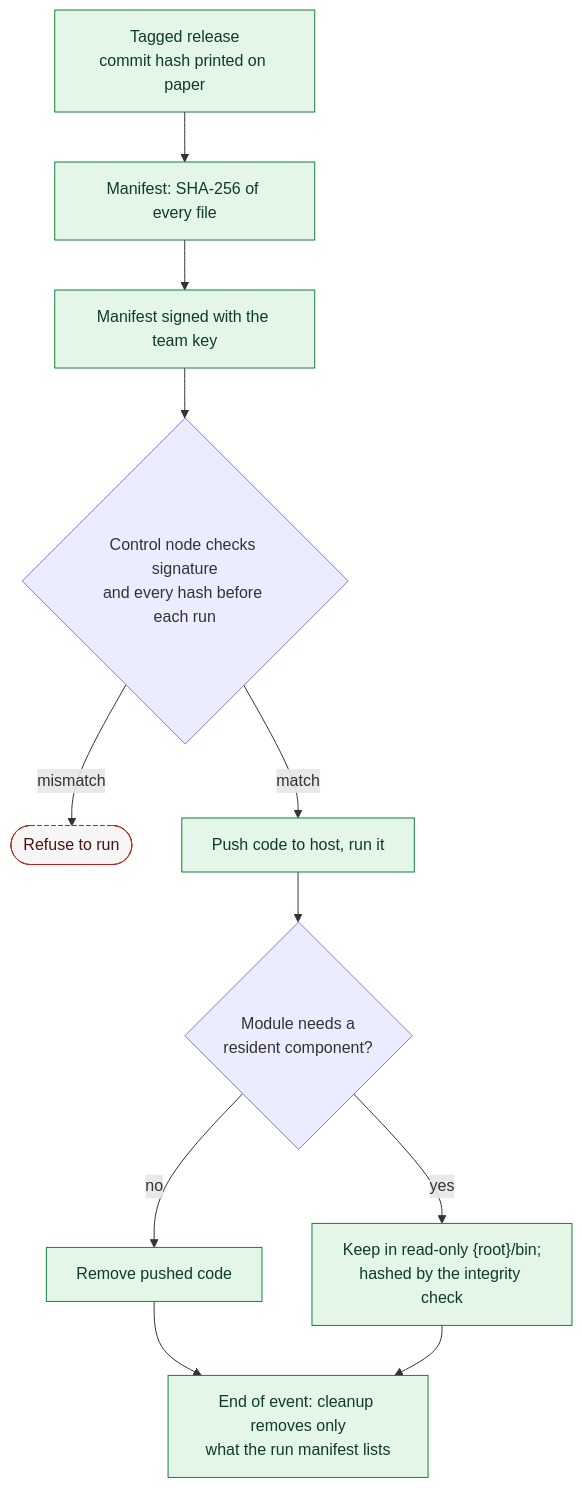
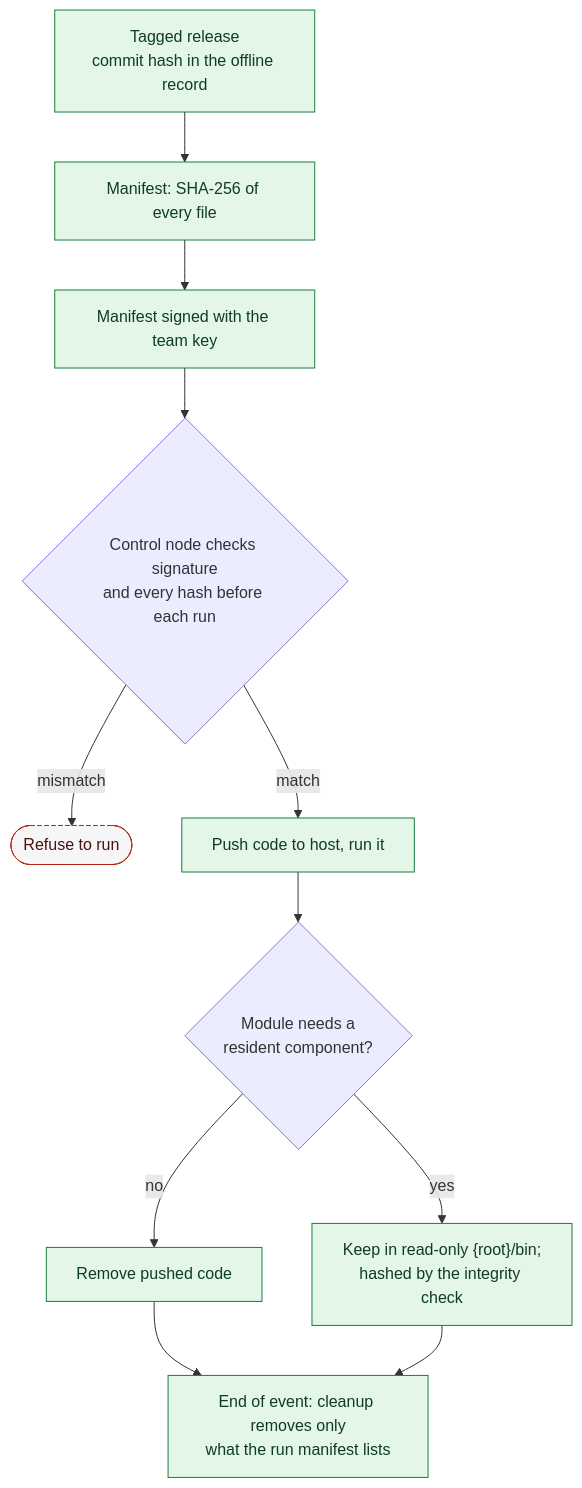
The diagram in docs/design/07-Cleanup-and-Tool-Integrity.md (dotnetdork/Labyrinth), drawn with Mermaid before and after one commit. The commit also changed other lines of this file and 7 other files, not shown here.

First line of the commit message:
Keep secrets in an offline record instead of on paper

````diff
--- a/docs/design/07-Cleanup-and-Tool-Integrity.md
+++ b/docs/design/07-Cleanup-and-Tool-Integrity.md
@@ -43,17 +43,17 @@
 ```mermaid
 flowchart TD
-    REL["Tagged release<br/>commit hash printed on paper"] --> MAN["Manifest: SHA-256 of every file"]
+    REL["Tagged release<br/>commit hash in the offline record"] --> MAN["Manifest: SHA-256 of every file"]
     MAN --> SIG["Manifest signed with the team key"]
     SIG --> CHK{"Control node checks signature<br/>and every hash before each run"}
     CHK -->|mismatch| NO(["Refuse to run"])
     CHK -->|match| RUN["Push code to host, run it"]
     RUN --> RES{"Module needs a<br/>resident component?"}
     RES -->|no| DEL["Remove pushed code"]
     RES -->|yes| KEEP["Keep in read-only {root}/bin;<br/>hashed by the integrity check"]
     DEL --> CLN["End of event: cleanup removes only<br/>what the run manifest lists"]
     KEEP --> CLN
     classDef sustain fill:#e3f6e8,stroke:#15803d,color:#0f3d20
     classDef stop fill:#f6f6f6,stroke:#b42318,color:#4a1111,stroke-dasharray:4 3
     class REL,MAN,SIG,RUN,DEL,KEEP,CLN sustain
     class NO stop
 ```
````
